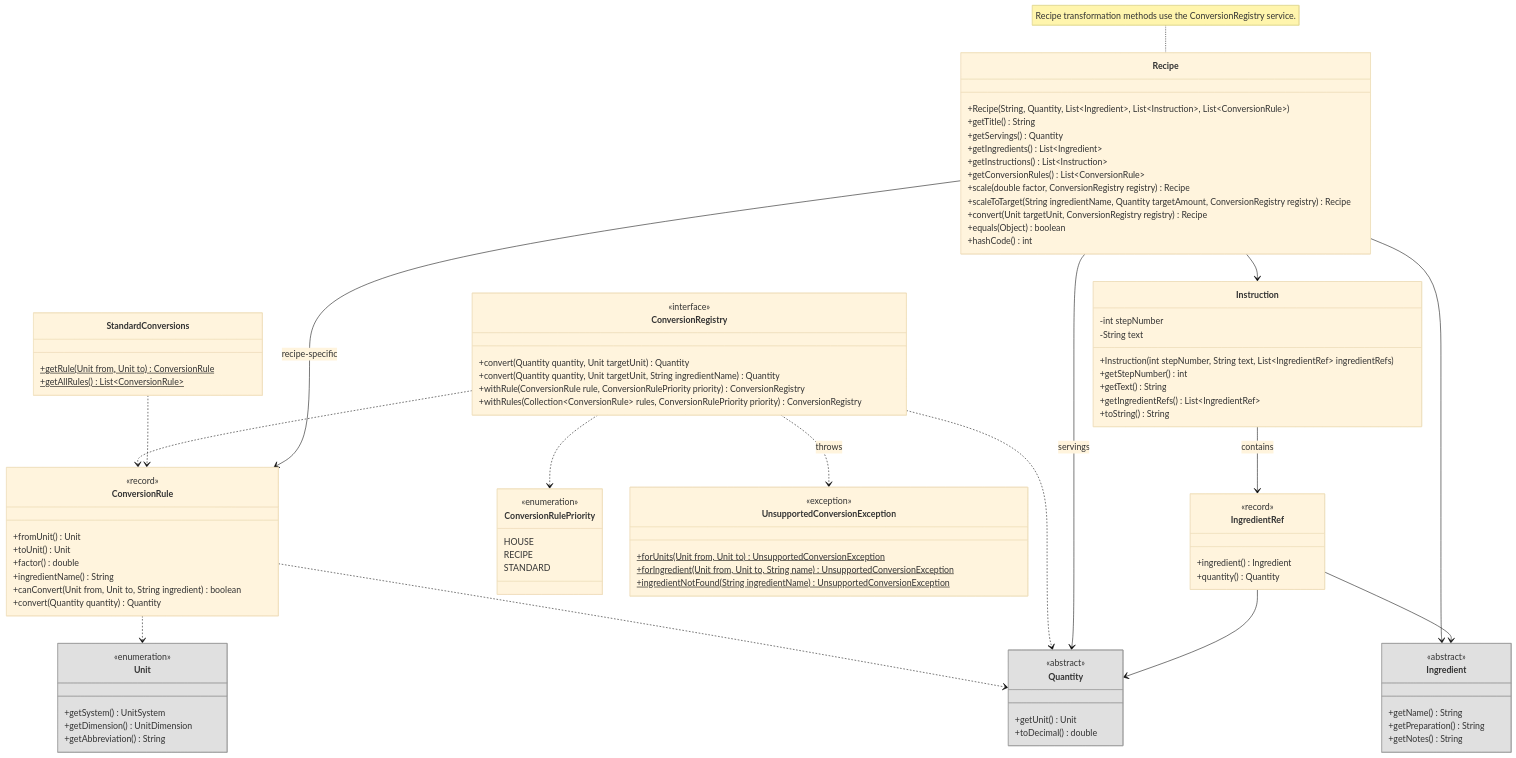
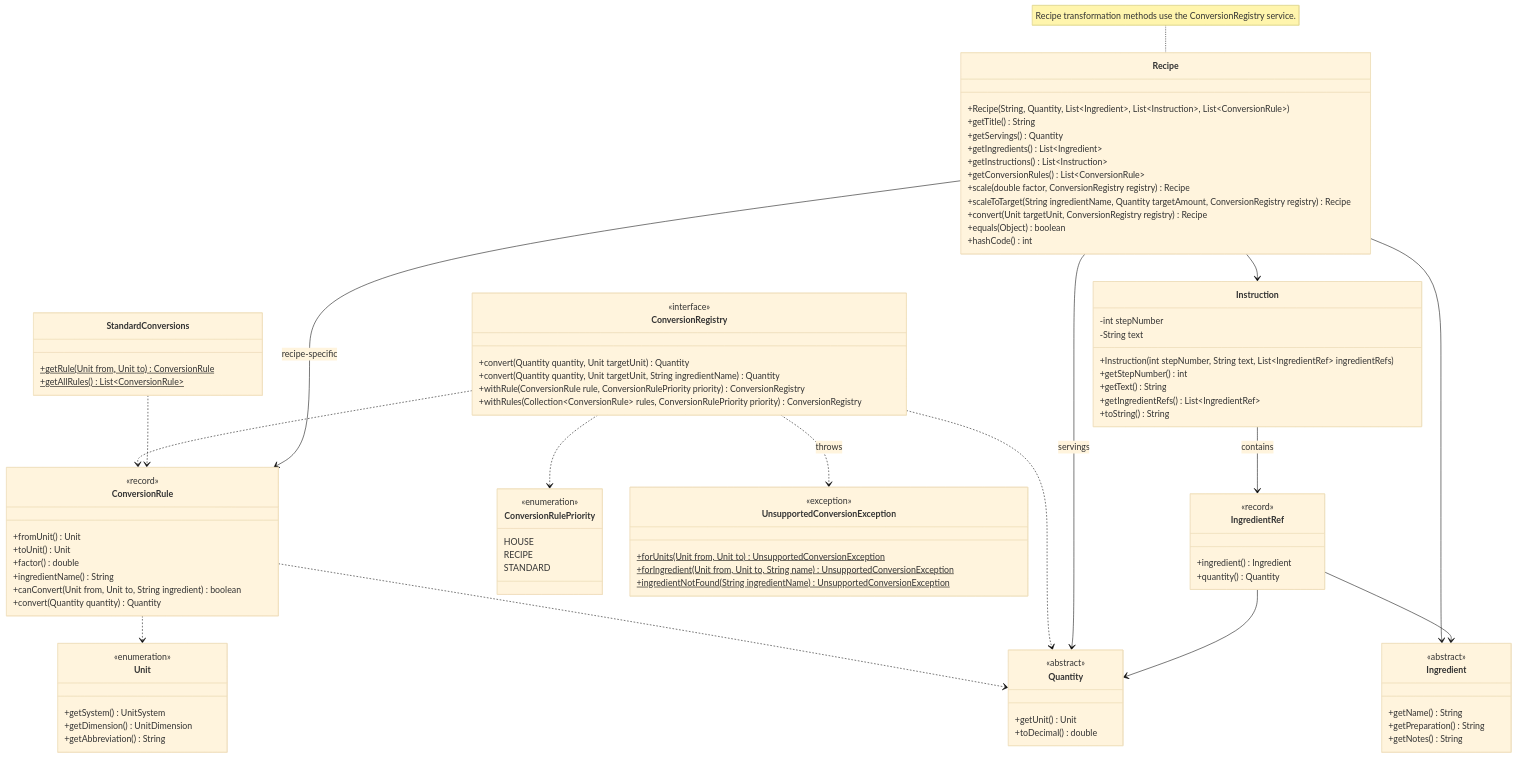
Before and after one commit to neu-pdi/cs3100-public-resources: the diagram in assignments/cyb2-unit-conversion.md, drawn with Mermaid (base theme). The commit also changed other lines of this file and 2 other files, not shown here.

Commit message:
wrestle with mermaid/docusaurus css

````diff
--- a/assignments/cyb2-unit-conversion.md
+++ b/assignments/cyb2-unit-conversion.md
@@ -172,7 +166,7 @@
 classDiagram
     direction TB
 
-    %% A1 classes (context) - now in app.cookyourbooks.model
+    %% A1 classes (context - shown in gray via CSS) - now in app.cookyourbooks.model
     class Unit {
         <<enumeration>>
         +getSystem() UnitSystem
@@ -279,8 +273,4 @@
     IngredientRef --> Quantity
 
     note for Recipe "Recipe transformation methods use the ConversionRegistry service."
-
-    style Unit fill:#e0e0e0,stroke:#999
-    style Quantity fill:#e0e0e0,stroke:#999
-    style Ingredient fill:#e0e0e0,stroke:#999
 ```
````
